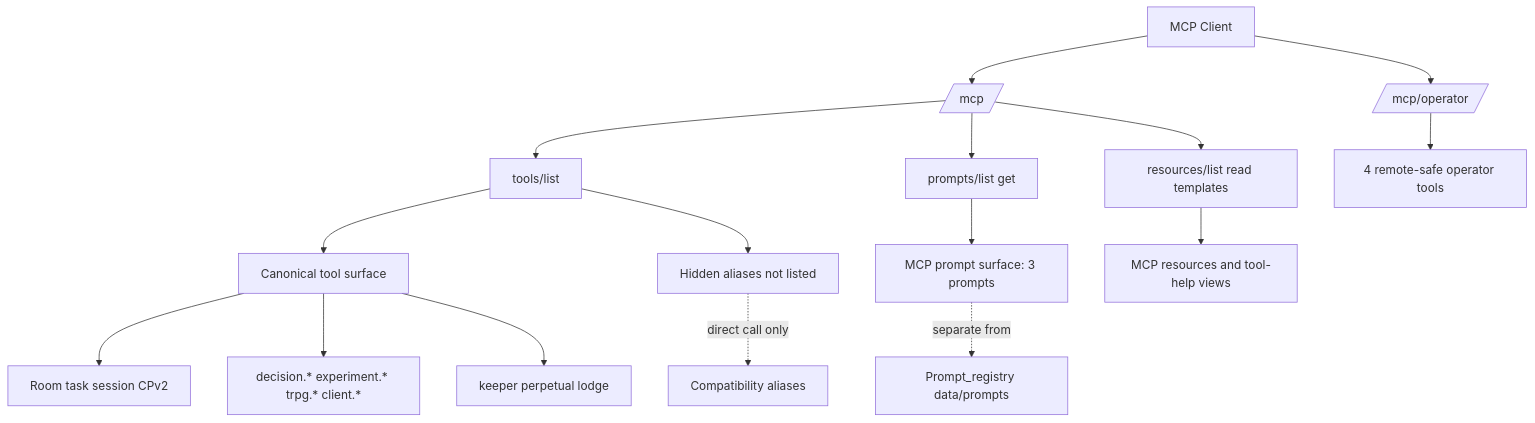
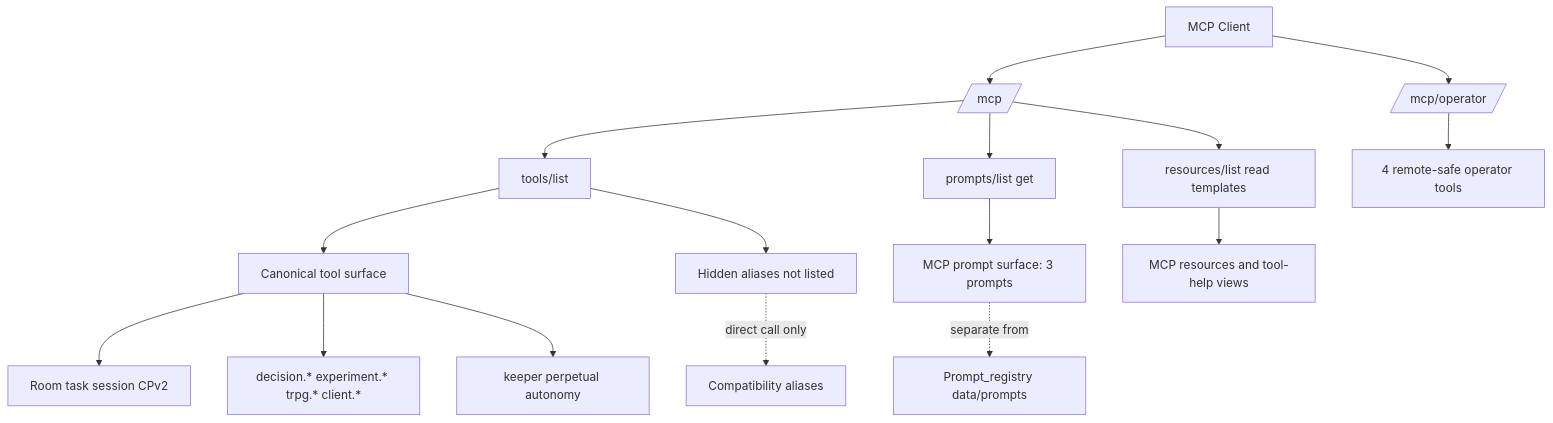
One commit to jeong-sik/masc changed the first of 5 diagrams in docs/MCP-SURFACE-AUDIT.md. Above: the diagram before and after it, drawn with Mermaid. The commit also changed other lines of this file and 64 other files, not shown here.

First line of the commit message:
refactor: rename Lodge to Autonomy/Keeper across codebase

````diff
--- a/docs/MCP-SURFACE-AUDIT.md
+++ b/docs/MCP-SURFACE-AUDIT.md
@@ -54,24 +54,24 @@
 ```mermaid
 flowchart TD
   Client[MCP Client] --> MCP[/mcp/]
   Client --> Operator[/mcp/operator/]
 
   MCP --> TL[tools/list]
   MCP --> PL[prompts/list get]
   MCP --> RL[resources/list read templates]
 
   TL --> Canon[Canonical tool surface]
   TL --> Hidden[Hidden aliases not listed]
 
   Canon --> Core[Room task session CPv2]
   Canon --> GameView[decision.* experiment.* trpg.* client.*]
-  Canon --> Ecosystem[keeper perpetual lodge]
+  Canon --> Ecosystem[keeper perpetual autonomy]
 
   PL --> PromptSurface[MCP prompt surface: 3 prompts]
   RL --> ResourceSurface[MCP resources and tool-help views]
 
   Operator --> Remote4[4 remote-safe operator tools]
 
   Hidden -. direct call only .-> Compat[Compatibility aliases]
   PromptSurface -. separate from .-> InternalPrompts[Prompt_registry data/prompts]
 ```
````
